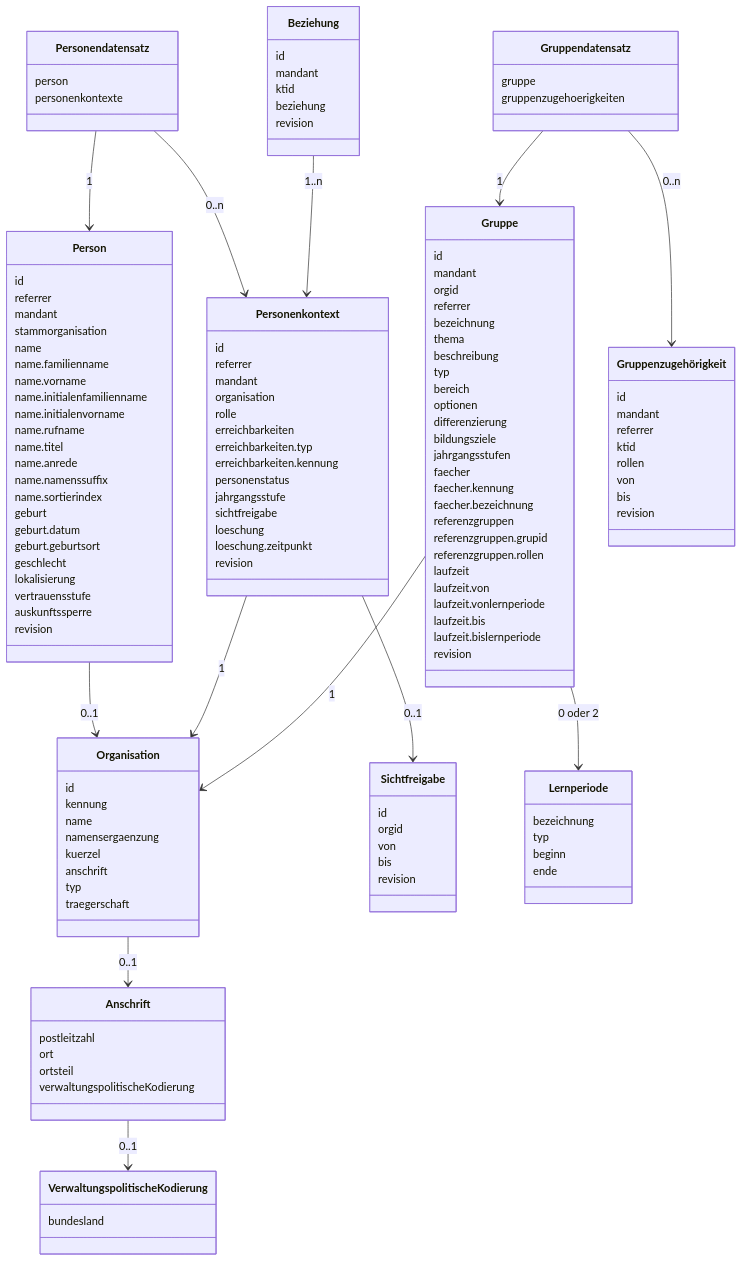
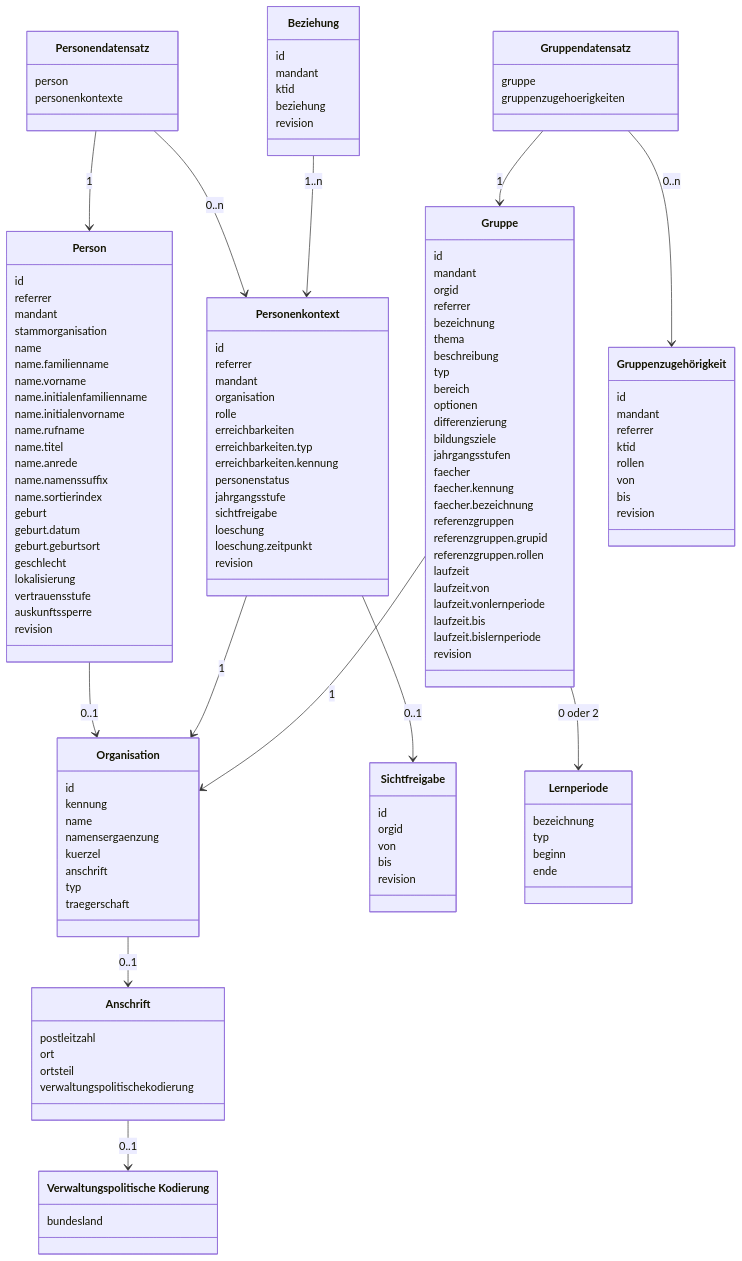
One commit to Schulconnex/Schulconnex changed the diagram in docs/datenmodell-qs/datenmodell.md. Above: the diagram before and after it, drawn with Mermaid. The commit also changed 5 other files, not shown here.

First line of the commit message:
#628 Uneinheitliche Schreibweise von verwaltungspolitischeKodierung im Datenmodell „Anschrift“

````diff
--- a/docs/datenmodell-qs/datenmodell.md
+++ b/docs/datenmodell-qs/datenmodell.md
@@ -14,5 +14,7 @@
 ```mermaid
 classDiagram
+  class Verwaltungspolitische_Kodierung["Verwaltungspolitische Kodierung"]
+
   Personendatensatz --> Person : 1
   Personendatensatz --> Personenkontext : 0..n
   Beziehung --> Personenkontext : 1..n
@@ -20,7 +22,7 @@
   Personenkontext --> Organisation : 1
   Personenkontext --> Sichtfreigabe : 0..1
   Organisation --> Anschrift : 0..1
-  Anschrift --> VerwaltungspolitischeKodierung : 0..1
+  Anschrift --> Verwaltungspolitische_Kodierung : 0..1
   Gruppe --> Organisation : 1
   Gruppendatensatz --> Gruppe : 1
   Gruppendatensatz --> Gruppenzugehörigkeit : 0..n
@@ -94,9 +96,9 @@
     postleitzahl
     ort
     ortsteil
-    verwaltungspolitischeKodierung
+    verwaltungspolitischekodierung
   }
-  class VerwaltungspolitischeKodierung {
+  class Verwaltungspolitische_Kodierung {
     bundesland
   }
   class Gruppe {
````
